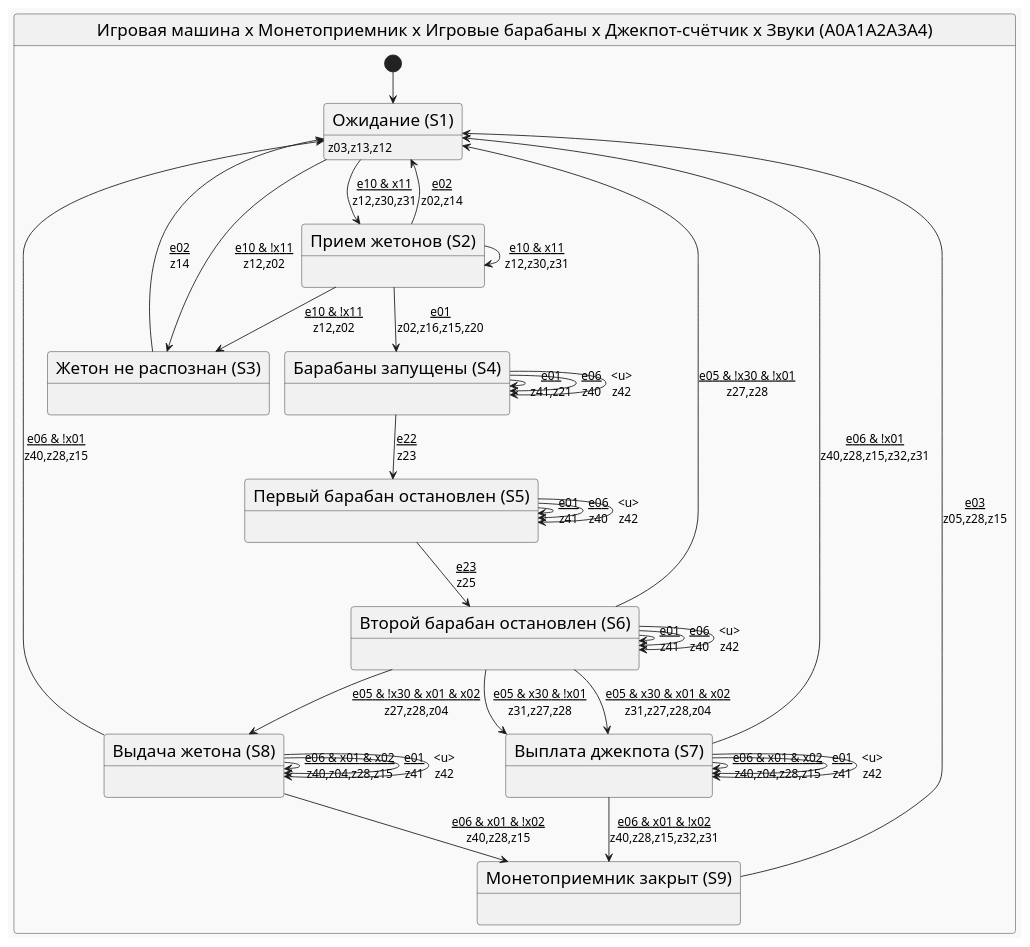
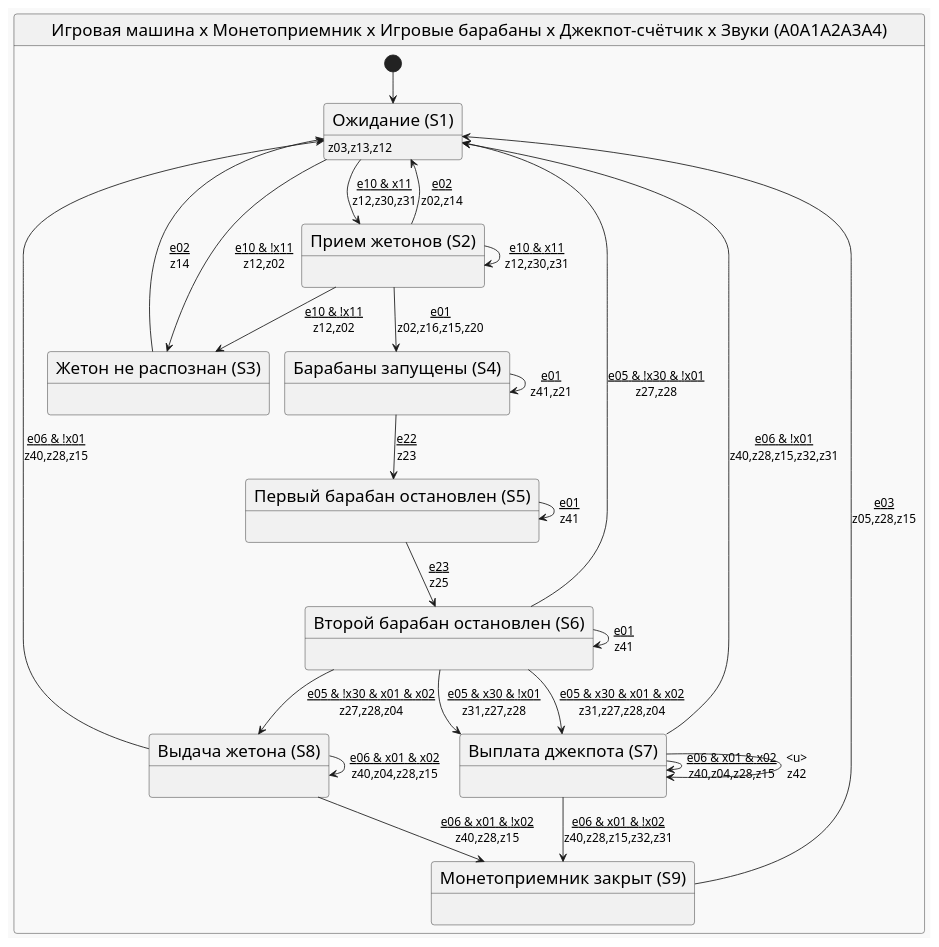
One commit to PhoenixNazarov/fsm-multiply changed the diagram in articles/multiply_many_nested/puml/final.puml. Above: the diagram before and after it, drawn with PlantUML. The commit also changed 10 other files, not shown here.

```diff
--- a/articles/multiply_many_nested/puml/final.puml
+++ b/articles/multiply_many_nested/puml/final.puml
@@ -1,50 +1,41 @@
 @startuml
 !theme mars
 skinparam stateFontSize 20
 skinparam arrowFontSize 14
 state "Игровая машина x Монетоприемник x Игровые барабаны x Джекпот-счётчик x Звуки (A0A1A2A3A4)" as A0A1A2A3A4 {
-    [*] --> A0A1A2A3A433
-    state "Ожидание (S1)" as A0A1A2A3A433 : <size:14>z03,z13,z12
+    [*] --> A0A1A2A3A424
+    state "Ожидание (S1)" as A0A1A2A3A424 : <size:14>z03,z13,z12
     state "Прием жетонов (S2)" as A0A1A2A3A45 : 
     state "Жетон не распознан (S3)" as A0A1A2A3A46 : 
-    state "Барабаны запущены (S4)" as A0A1A2A3A411 : 
-    state "Первый барабан остановлен (S5)" as A0A1A2A3A415 : 
-    state "Второй барабан остановлен (S6)" as A0A1A2A3A422 : 
-    state "Выплата джекпота (S7)" as A0A1A2A3A427 : 
-    state "Выдача жетона (S8)" as A0A1A2A3A432 : 
-    state "Монетоприемник закрыт (S9)" as A0A1A2A3A429 : 
-    A0A1A2A3A433 --> A0A1A2A3A45 : <u>e10 & x11\nz12,z30,z31
-    A0A1A2A3A433 --> A0A1A2A3A46 : <u>e10 & !x11\nz12,z02
-    A0A1A2A3A45 --> A0A1A2A3A433 : <u>e02\nz02,z14
-    A0A1A2A3A45 --> A0A1A2A3A411 : <u>e01\nz02,z16,z15,z20
+    state "Барабаны запущены (S4)" as A0A1A2A3A49 : 
+    state "Первый барабан остановлен (S5)" as A0A1A2A3A411 : 
+    state "Второй барабан остановлен (S6)" as A0A1A2A3A416 : 
+    state "Выплата джекпота (S7)" as A0A1A2A3A420 : 
+    state "Выдача жетона (S8)" as A0A1A2A3A421 : 
+    state "Монетоприемник закрыт (S9)" as A0A1A2A3A422 : 
+    A0A1A2A3A424 --> A0A1A2A3A45 : <u>e10 & x11\nz12,z30,z31
+    A0A1A2A3A424 --> A0A1A2A3A46 : <u>e10 & !x11\nz12,z02
+    A0A1A2A3A45 --> A0A1A2A3A424 : <u>e02\nz02,z14
+    A0A1A2A3A45 --> A0A1A2A3A49 : <u>e01\nz02,z16,z15,z20
     A0A1A2A3A45 --> A0A1A2A3A45 : <u>e10 & x11\nz12,z30,z31
     A0A1A2A3A45 --> A0A1A2A3A46 : <u>e10 & !x11\nz12,z02
-    A0A1A2A3A46 --> A0A1A2A3A433 : <u>e02\nz14
-    A0A1A2A3A411 --> A0A1A2A3A415 : <u>e22\nz23
-    A0A1A2A3A411 --> A0A1A2A3A411 : <u>e01\nz41,z21
-    A0A1A2A3A411 --> A0A1A2A3A411 : <u>e06\nz40
-    A0A1A2A3A411 --> A0A1A2A3A411 : <u>\nz42
-    A0A1A2A3A415 --> A0A1A2A3A422 : <u>e23\nz25
-    A0A1A2A3A415 --> A0A1A2A3A415 : <u>e01\nz41
-    A0A1A2A3A415 --> A0A1A2A3A415 : <u>e06\nz40
-    A0A1A2A3A415 --> A0A1A2A3A415 : <u>\nz42
-    A0A1A2A3A422 --> A0A1A2A3A427 : <u>e05 & x30 & x01 & x02\nz31,z27,z28,z04
-    A0A1A2A3A422 --> A0A1A2A3A427 : <u>e05 & x30 & !x01\nz31,z27,z28
-    A0A1A2A3A422 --> A0A1A2A3A432 : <u>e05 & !x30 & x01 & x02\nz27,z28,z04
-    A0A1A2A3A422 --> A0A1A2A3A433 : <u>e05 & !x30 & !x01\nz27,z28
-    A0A1A2A3A422 --> A0A1A2A3A422 : <u>e01\nz41
-    A0A1A2A3A422 --> A0A1A2A3A422 : <u>e06\nz40
-    A0A1A2A3A422 --> A0A1A2A3A422 : <u>\nz42
-    A0A1A2A3A427 --> A0A1A2A3A427 : <u>e06 & x01 & x02\nz40,z04,z28,z15
-    A0A1A2A3A427 --> A0A1A2A3A427 : <u>e01\nz41
-    A0A1A2A3A427 --> A0A1A2A3A427 : <u>\nz42
-    A0A1A2A3A427 --> A0A1A2A3A429 : <u>e06 & x01 & !x02\nz40,z28,z15,z32,z31
-    A0A1A2A3A427 --> A0A1A2A3A433 : <u>e06 & !x01\nz40,z28,z15,z32,z31
-    A0A1A2A3A432 --> A0A1A2A3A432 : <u>e06 & x01 & x02\nz40,z04,z28,z15
-    A0A1A2A3A432 --> A0A1A2A3A432 : <u>e01\nz41
-    A0A1A2A3A432 --> A0A1A2A3A432 : <u>\nz42
-    A0A1A2A3A432 --> A0A1A2A3A429 : <u>e06 & x01 & !x02\nz40,z28,z15
-    A0A1A2A3A432 --> A0A1A2A3A433 : <u>e06 & !x01\nz40,z28,z15
-    A0A1A2A3A429 --> A0A1A2A3A433 : <u>e03\nz05,z28,z15
+    A0A1A2A3A46 --> A0A1A2A3A424 : <u>e02\nz14
+    A0A1A2A3A49 --> A0A1A2A3A411 : <u>e22\nz23
+    A0A1A2A3A49 --> A0A1A2A3A49 : <u>e01\nz41,z21
+    A0A1A2A3A411 --> A0A1A2A3A416 : <u>e23\nz25
+    A0A1A2A3A411 --> A0A1A2A3A411 : <u>e01\nz41
+    A0A1A2A3A416 --> A0A1A2A3A420 : <u>e05 & x30 & x01 & x02\nz31,z27,z28,z04
+    A0A1A2A3A416 --> A0A1A2A3A420 : <u>e05 & x30 & !x01\nz31,z27,z28
+    A0A1A2A3A416 --> A0A1A2A3A421 : <u>e05 & !x30 & x01 & x02\nz27,z28,z04
+    A0A1A2A3A416 --> A0A1A2A3A424 : <u>e05 & !x30 & !x01\nz27,z28
+    A0A1A2A3A416 --> A0A1A2A3A416 : <u>e01\nz41
+    A0A1A2A3A420 --> A0A1A2A3A420 : <u>e06 & x01 & x02\nz40,z04,z28,z15
+    A0A1A2A3A420 --> A0A1A2A3A420 : <u>\nz42
+    A0A1A2A3A420 --> A0A1A2A3A422 : <u>e06 & x01 & !x02\nz40,z28,z15,z32,z31
+    A0A1A2A3A420 --> A0A1A2A3A424 : <u>e06 & !x01\nz40,z28,z15,z32,z31
+    A0A1A2A3A421 --> A0A1A2A3A421 : <u>e06 & x01 & x02\nz40,z04,z28,z15
+    A0A1A2A3A421 --> A0A1A2A3A422 : <u>e06 & x01 & !x02\nz40,z28,z15
+    A0A1A2A3A421 --> A0A1A2A3A424 : <u>e06 & !x01\nz40,z28,z15
+    A0A1A2A3A422 --> A0A1A2A3A424 : <u>e03\nz05,z28,z15
 }
 @enduml
```
